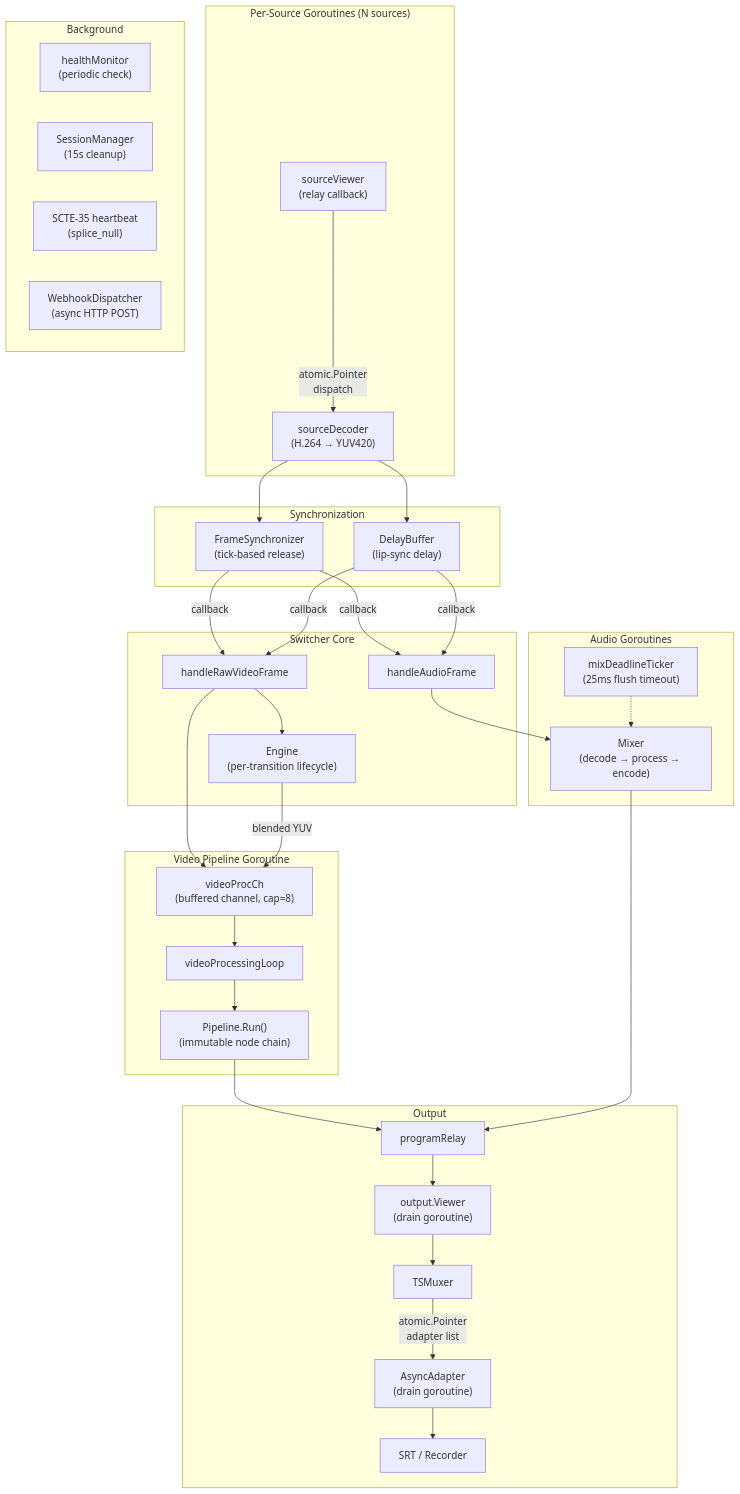
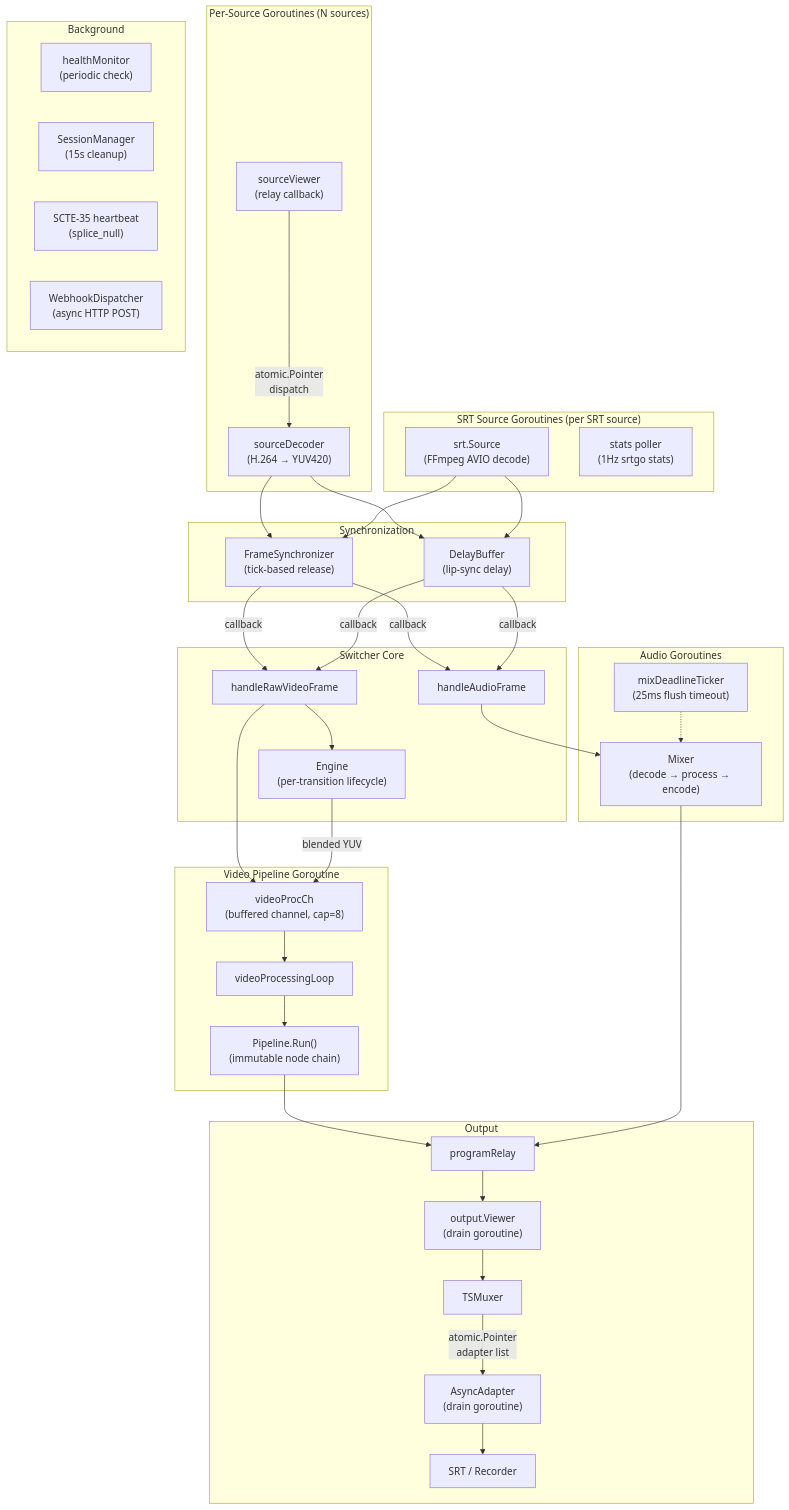
The first of 7 diagrams in docs/locking-and-concurrency.md (zsiec/switchframe), drawn with Mermaid before and after one commit. The commit also changed other lines of this file and 4 other files, not shown here.

````diff
--- a/docs/locking-and-concurrency.md
+++ b/docs/locking-and-concurrency.md
@@ -35,65 +35,72 @@
 ```mermaid
 flowchart TD
     subgraph sources ["Per-Source Goroutines (N sources)"]
         sv["sourceViewer<br/>(relay callback)"]
         sd["sourceDecoder<br/>(H.264 → YUV420)"]
         sv -->|"atomic.Pointer<br/>dispatch"| sd
+    end
+
+    subgraph srtsources ["SRT Source Goroutines (per SRT source)"]
+        srtdec["srt.Source<br/>(FFmpeg AVIO decode)"]
+        srtstat["stats poller<br/>(1Hz srtgo stats)"]
     end
 
     subgraph sync ["Synchronization"]
         fs["FrameSynchronizer<br/>(tick-based release)"]
         db["DelayBuffer<br/>(lip-sync delay)"]
     end
 
     subgraph core ["Switcher Core"]
         hrvf["handleRawVideoFrame"]
         haf["handleAudioFrame"]
         te["Engine<br/>(per-transition lifecycle)"]
     end
 
     subgraph pipeline ["Video Pipeline Goroutine"]
         vpc["videoProcCh<br/>(buffered channel, cap=8)"]
         vpl["videoProcessingLoop"]
         pipe["Pipeline.Run()<br/>(immutable node chain)"]
     end
 
     subgraph audio ["Audio Goroutines"]
         mix["Mixer<br/>(decode → process → encode)"]
         tick["mixDeadlineTicker<br/>(25ms flush timeout)"]
     end
 
     subgraph output ["Output"]
         pr["programRelay"]
         ov["output.Viewer<br/>(drain goroutine)"]
         mux["TSMuxer"]
         aa["AsyncAdapter<br/>(drain goroutine)"]
         srt["SRT / Recorder"]
     end
 
     subgraph bg ["Background"]
         hm["healthMonitor<br/>(periodic check)"]
         sm["SessionManager<br/>(15s cleanup)"]
         hb["SCTE-35 heartbeat<br/>(splice_null)"]
         wh["WebhookDispatcher<br/>(async HTTP POST)"]
     end
 
     sd --> fs
     sd --> db
+    srtdec --> fs
+    srtdec --> db
     fs -->|callback| hrvf
     db -->|callback| hrvf
     fs -->|callback| haf
     db -->|callback| haf
     hrvf --> te
     hrvf --> vpc
     te -->|blended YUV| vpc
     vpc --> vpl
     vpl --> pipe
     pipe --> pr
     haf --> mix
     tick -.-> mix
     mix --> pr
     pr --> ov
     ov --> mux
     mux -->|"atomic.Pointer<br/>adapter list"| aa
     aa --> srt
 ```
````
